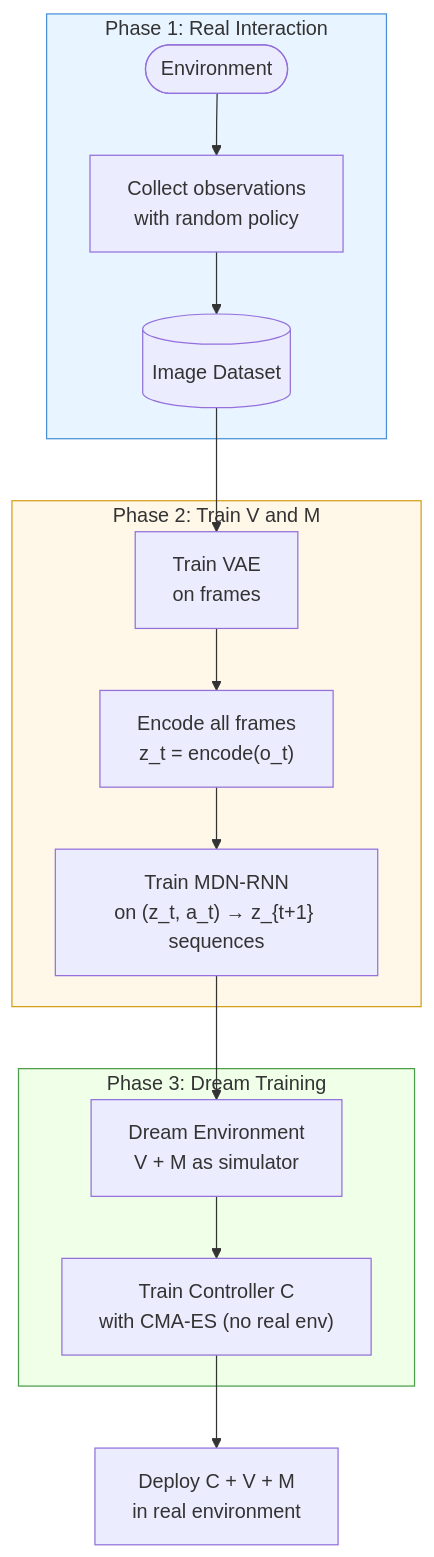
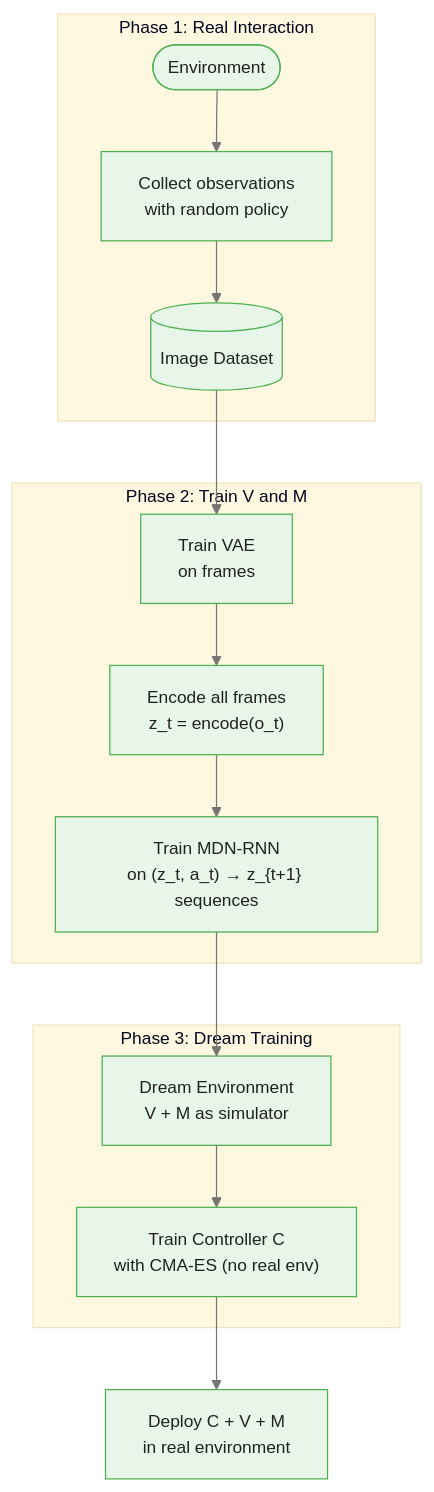
The diagram in courses/reinforcement-learning/modules/module_08_model_based_rl/guides/03_world_models_slides.md (m-deane/course-creator), drawn with Mermaid before and after one commit. The commit also changed other lines of this file and 131 other files, not shown here.

````diff
--- a/courses/reinforcement-learning/modules/module_08_model_based_rl/guides/03_world_models_slides.md
+++ b/courses/reinforcement-learning/modules/module_08_model_based_rl/guides/03_world_models_slides.md
@@ -131,24 +151,22 @@
 ```mermaid
+%%{init: {"theme": "base", "themeVariables": {"primaryColor": "#e8f5e9", "primaryBorderColor": "#4caf50", "primaryTextColor": "#212121", "secondaryColor": "#e3f2fd", "tertiaryColor": "#fff8e1", "lineColor": "#757575", "fontFamily": "Inter, sans-serif", "fontSize": "14px"}}}%%
 flowchart TD
     subgraph REAL["Phase 1: Real Interaction"]
         E([Environment]) --> COLLECT["Collect observations\nwith random policy"]
         COLLECT --> DATASET[(Image Dataset)]
     end
 
     subgraph TRAIN_VM["Phase 2: Train V and M"]
         DATASET --> TRAIN_V["Train VAE\non frames"]
         TRAIN_V --> ENCODE["Encode all frames\nz_t = encode(o_t)"]
         ENCODE --> TRAIN_M["Train MDN-RNN\non (z_t, a_t) → z_{t+1} sequences"]
     end
 
     subgraph DREAM["Phase 3: Dream Training"]
         TRAIN_M --> DREAM_ENV["Dream Environment\nV + M as simulator"]
         DREAM_ENV --> TRAIN_C["Train Controller C\nwith CMA-ES (no real env)"]
     end
 
     TRAIN_C --> DEPLOY["Deploy C + V + M\nin real environment"]
 
-    style REAL fill:#e8f4ff,stroke:#4A90D9
-    style TRAIN_VM fill:#fff8e8,stroke:#D4A017
-    style DREAM fill:#f0ffe8,stroke:#4A9D4A
 ```
````
